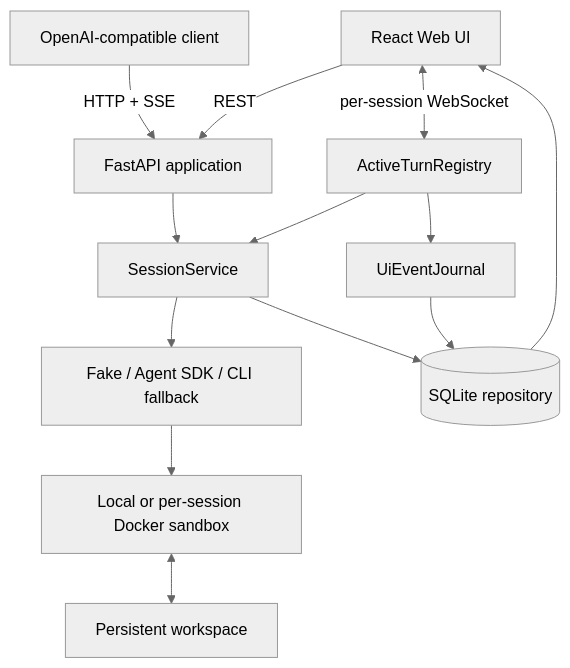
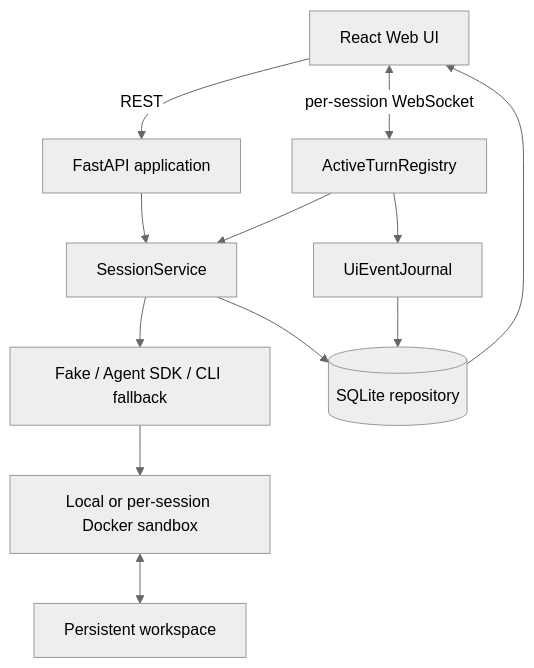
Before and after one commit to FireflyTang/WebAgent: the first of 2 diagrams in docs/ARCHITECTURE.md, drawn with Mermaid (neutral theme). The commit also changed other lines of this file and 96 other files, not shown here.

````diff
--- a/docs/ARCHITECTURE.md
+++ b/docs/ARCHITECTURE.md
@@ -7,15 +7,14 @@
 ```mermaid
 flowchart TB
     Browser[React Web UI] -->|REST| FastAPI[FastAPI application]
     Browser <-->|per-session WebSocket| Registry[ActiveTurnRegistry]
-    Client[OpenAI-compatible client] -->|HTTP + SSE| FastAPI
     FastAPI --> Service[SessionService]
     Registry --> Service
     Service --> Runtime[Fake / Agent SDK / CLI fallback]
     Runtime --> Sandbox[Local or per-session Docker sandbox]
     Sandbox <--> Workspace[Persistent workspace]
     Service --> Repo[(SQLite repository)]
     Registry --> Journal[UiEventJournal]
     Journal --> Repo
     Repo --> Browser
 ```
````
